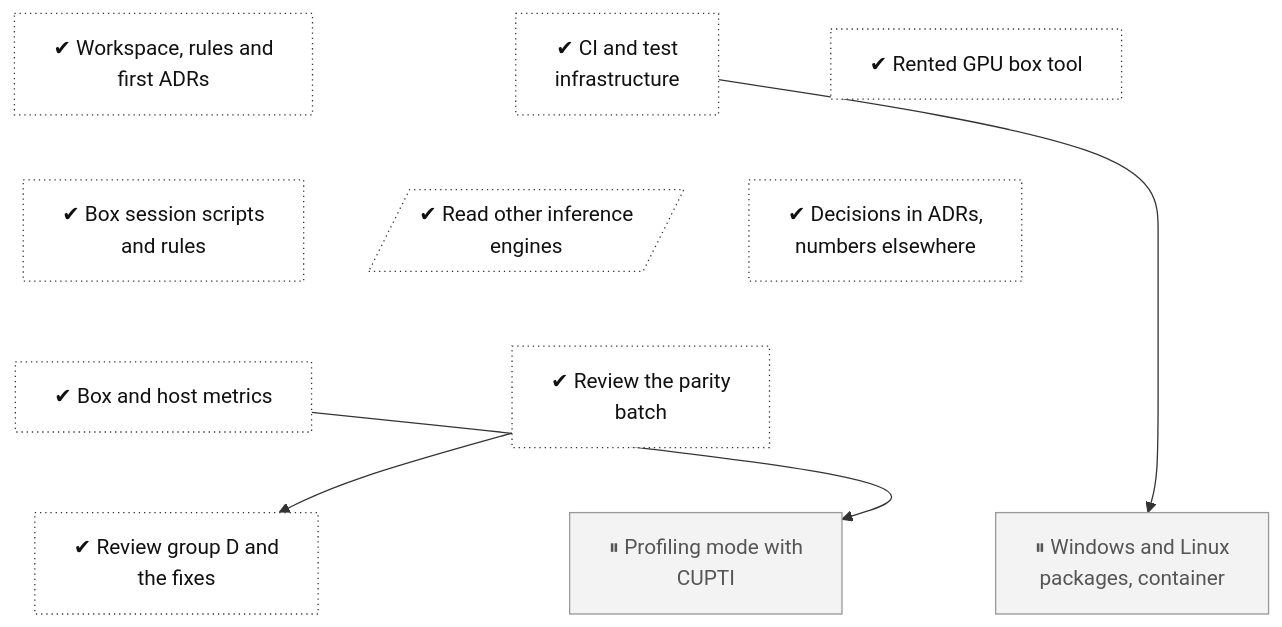
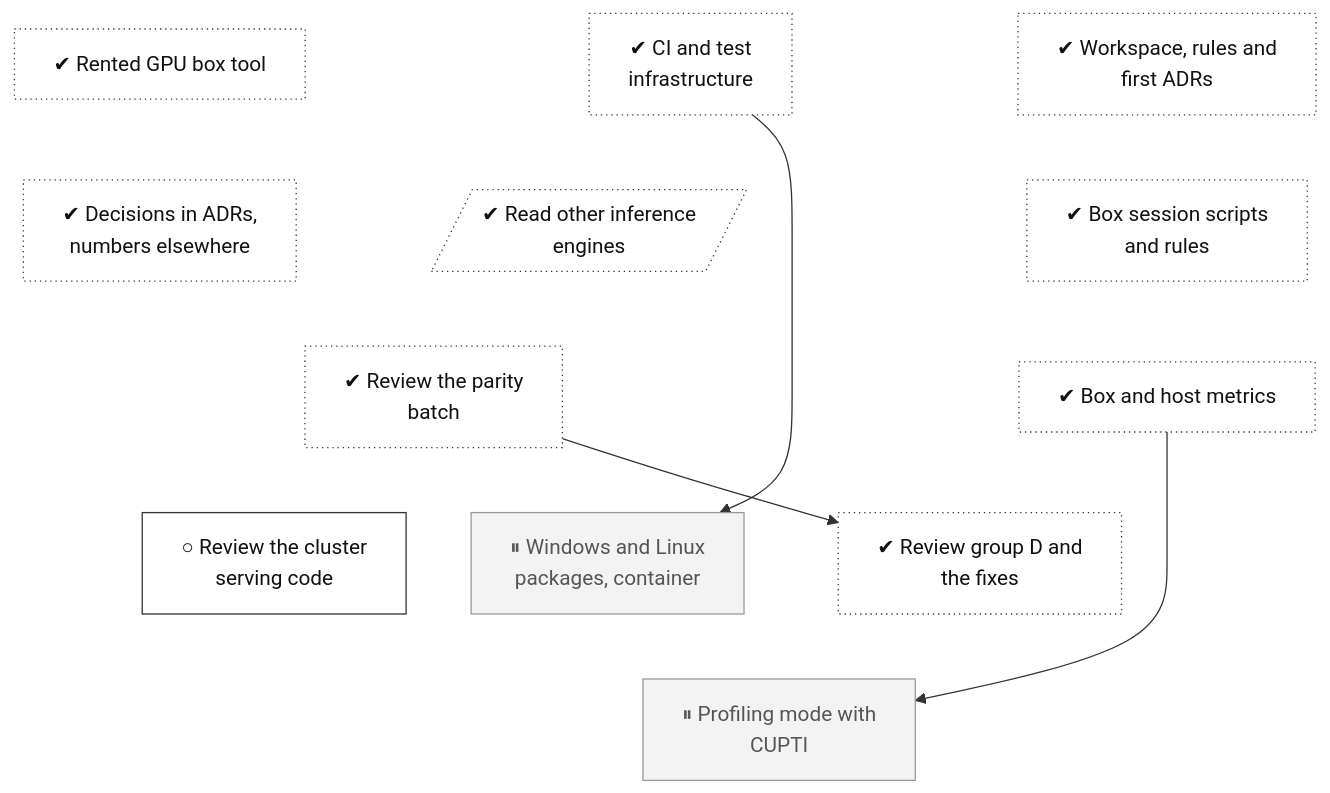
One commit to lhns/tetraeder changed the diagram in docs/roadmap/tracks/ops.md. Above: the diagram before and after it, drawn with Mermaid. The commit also changed other lines of this file and 4 other files, not shown here.

Commit message:
Tree: review node for the cluster serving code (gates the rehearsal); the exit depends on the confirmation rerun, cost model 6 rest and pipelined prefill (not measured)

````diff
--- a/docs/roadmap/tracks/ops.md
+++ b/docs/roadmap/tracks/ops.md
@@ -10,42 +10,47 @@
 ```mermaid
 flowchart TB
     ops_foundations["✔ Workspace, rules and<br/>first ADRs"]
     ops_ci["✔ CI and test<br/>infrastructure"]
     ops_taxameter["✔ Rented GPU box tool"]
     ops_box_driver["✔ Box session scripts<br/>and rules"]
     ops_external_reads[/"✔ Read other inference<br/>engines"/]
     ops_docs["✔ Decisions in ADRs,<br/>numbers elsewhere"]
     ops_telemetry["✔ Box and host metrics"]
     ops_review_parity_batch["✔ Review the parity<br/>batch"]
     ops_review_group_d["✔ Review group D and<br/>the fixes"]
+    ops_review_phase6_serving["○ Review the cluster<br/>serving code"]
     ops_packages["⏸ Windows and Linux<br/>packages, container"]
     ops_profiling_mode["⏸ Profiling mode with<br/>CUPTI"]
     ops_foundations ~~~ ops_box_driver
     ops_ci ~~~ ops_external_reads
     ops_taxameter ~~~ ops_docs
     ops_box_driver ~~~ ops_telemetry
     ops_external_reads ~~~ ops_review_parity_batch
     ops_docs ~~~ ops_review_parity_batch
     ops_telemetry ~~~ ops_review_group_d
+    ops_review_parity_batch ~~~ ops_review_phase6_serving
     ops_review_parity_batch ~~~ ops_packages
-    ops_review_parity_batch ~~~ ops_profiling_mode
+    ops_review_group_d ~~~ ops_profiling_mode
+    ops_review_phase6_serving ~~~ ops_profiling_mode
+    ops_packages ~~~ ops_profiling_mode
     ops_review_parity_batch --> ops_review_group_d
     ops_ci --> ops_packages
     ops_telemetry --> ops_profiling_mode
     classDef vsucc fill:#2e9e4f,stroke:#1b6b34,color:#fff
     classDef succ fill:#bfe8c8,stroke:#2e9e4f,color:#111
     classDef mixed fill:#ffd37a,stroke:#c98a00,color:#111
     classDef bad fill:#f28b82,stroke:#b3261e,color:#111
     classDef dead fill:#e6e6e6,stroke:#777,stroke-dasharray:5 5,color:#555
     classDef inprog fill:#a8cdf5,stroke:#1f6fc5,color:#111
     classDef next fill:#fff,stroke:#333,color:#111
     classDef blocked fill:#fff,stroke:#b3261e,stroke-dasharray:2 2,color:#111
     classDef parked fill:#f3f3f3,stroke:#999,color:#555
     classDef unrated fill:#fff,stroke:#333,stroke-dasharray:1 3,color:#111
     classDef gate fill:#d9c2f0,stroke:#7b3fb5,color:#111
     classDef decided fill:#ece0f7,stroke:#7b3fb5,stroke-dasharray:2 2,color:#111
     classDef finding fill:#ffe0b2,stroke:#d84315,stroke-width:2px,color:#111
     classDef waiting fill:#e3f2fd,stroke:#1f6fc5,stroke-dasharray:5 5,color:#111
     class ops_foundations,ops_ci,ops_taxameter,ops_box_driver,ops_external_reads,ops_docs,ops_telemetry,ops_review_parity_batch,ops_review_group_d unrated
+    class ops_review_phase6_serving next
     class ops_packages,ops_profiling_mode parked
 ```
````
